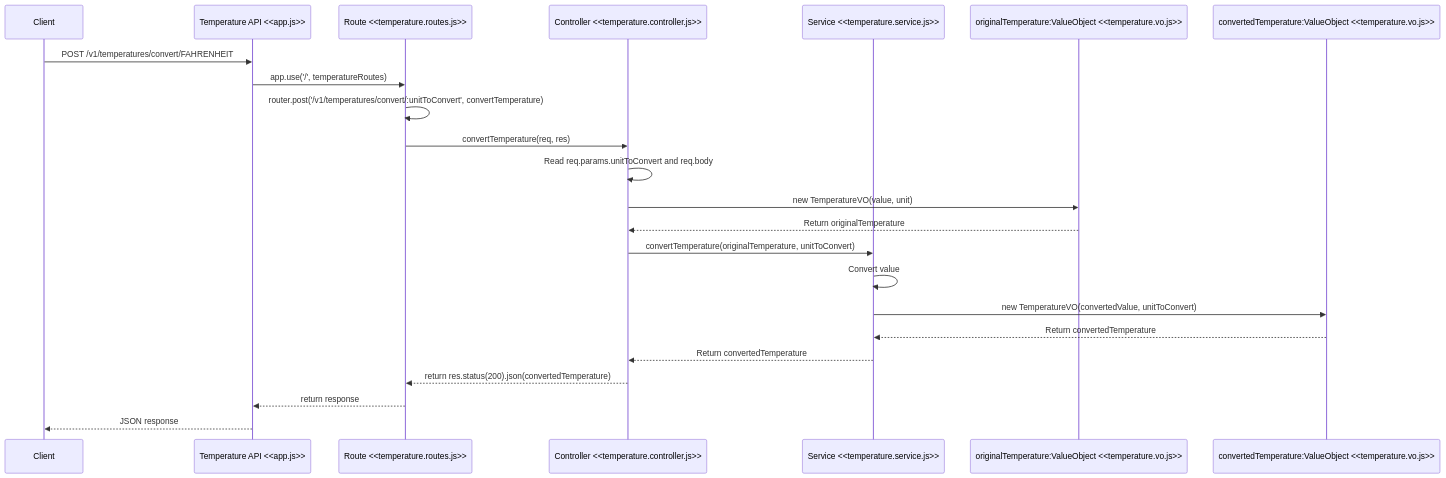
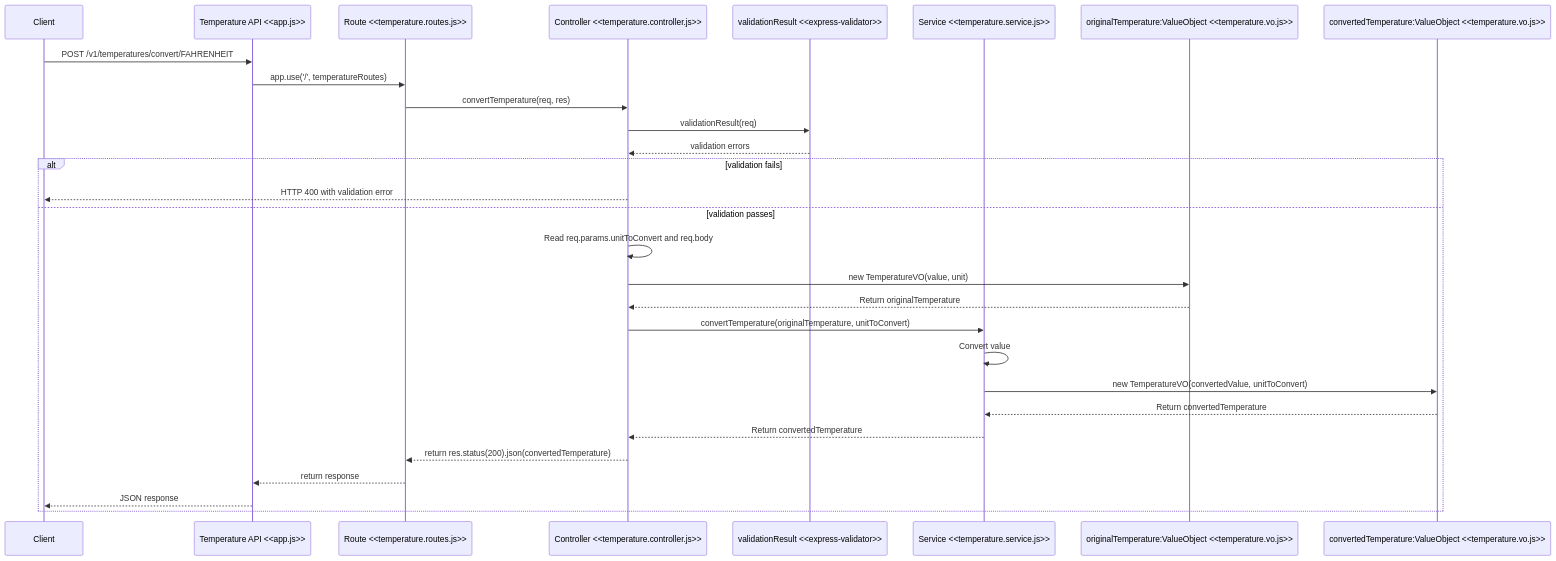
The diagram in README.md (TC-2007B-Chihuahua-2026/temperature-converter-api), drawn with Mermaid before and after one commit. The commit also changed other lines of this file, not shown here.

Commit message:
issue-4 Updated README with validations

````diff
--- a/README.md
+++ b/README.md
@@ -87,26 +87,32 @@
 ```mermaid
 sequenceDiagram
     participant Client
     participant API as Temperature API <<app.js>>
     participant Route as Route <<temperature.routes.js>>
     participant Controller as Controller <<temperature.controller.js>>
+    participant Validation as validationResult <<express-validator>>
     participant Service as Service <<temperature.service.js>>
     participant originalTemperature as originalTemperature:ValueObject <<temperature.vo.js>>
     participant convertedTemperature as convertedTemperature:ValueObject <<temperature.vo.js>>
 
     Client->>API: POST /v1/temperatures/convert/FAHRENHEIT
     API->>Route: app.use('/', temperatureRoutes)
-    Route->>Route: router.post('/v1/temperatures/convert/:unitToConvert', convertTemperature)
     Route->>Controller: convertTemperature(req, res)
-    Controller->>Controller: Read req.params.unitToConvert and req.body
-    Controller->>originalTemperature: new TemperatureVO(value, unit)
-    originalTemperature-->>Controller: Return originalTemperature
-    Controller->>Service: convertTemperature(originalTemperature, unitToConvert)
-    Service->>Service: Convert value
-    Service->>convertedTemperature: new TemperatureVO(convertedValue, unitToConvert)
-    convertedTemperature-->>Service: Return convertedTemperature
-    Service-->>Controller: Return convertedTemperature
-    Controller-->>Route: return res.status(200).json(convertedTemperature)
-    Route-->>API: return response
-    API-->>Client: JSON response
+    Controller->>Validation: validationResult(req)
+    Validation-->>Controller: validation errors
+    alt validation fails
+        Controller-->>Client: HTTP 400 with validation error
+    else validation passes
+        Controller->>Controller: Read req.params.unitToConvert and req.body
+        Controller->>originalTemperature: new TemperatureVO(value, unit)
+        originalTemperature-->>Controller: Return originalTemperature
+        Controller->>Service: convertTemperature(originalTemperature, unitToConvert)
+        Service->>Service: Convert value
+        Service->>convertedTemperature: new TemperatureVO(convertedValue, unitToConvert)
+        convertedTemperature-->>Service: Return convertedTemperature
+        Service-->>Controller: Return convertedTemperature
+        Controller-->>Route: return res.status(200).json(convertedTemperature)
+        Route-->>API: return response
+        API-->>Client: JSON response
+    end
 ```
````
